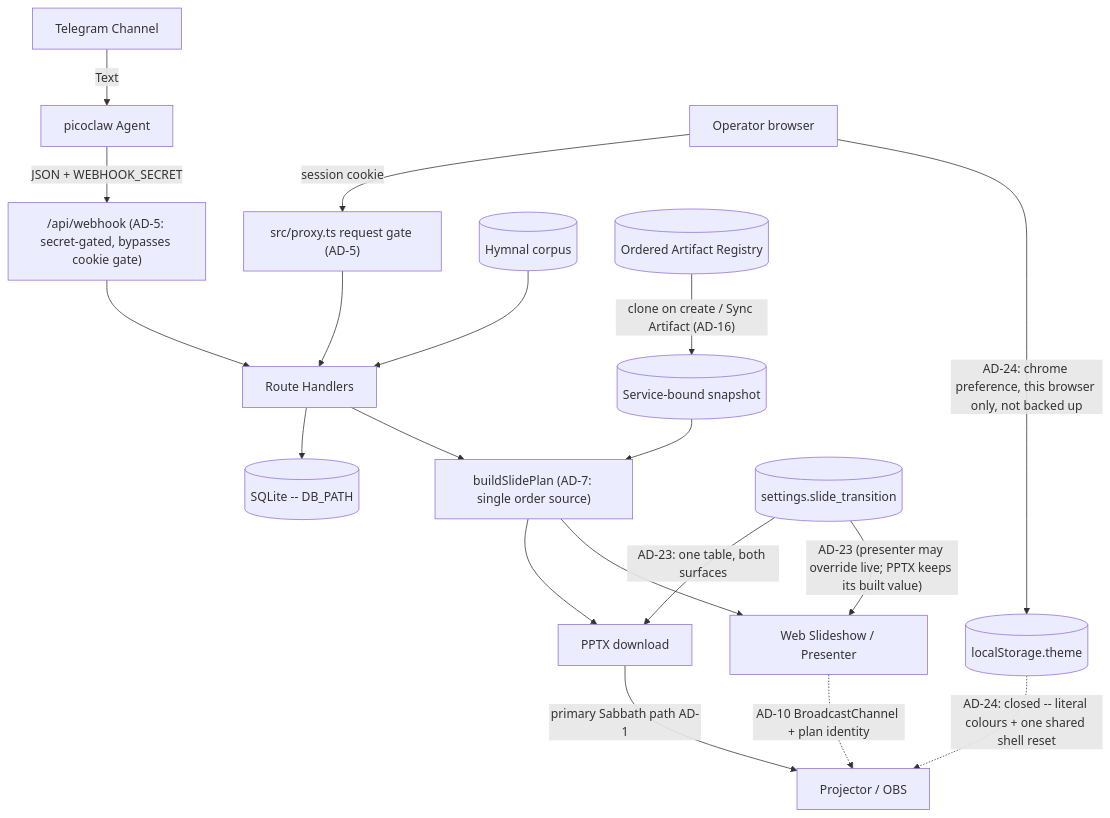
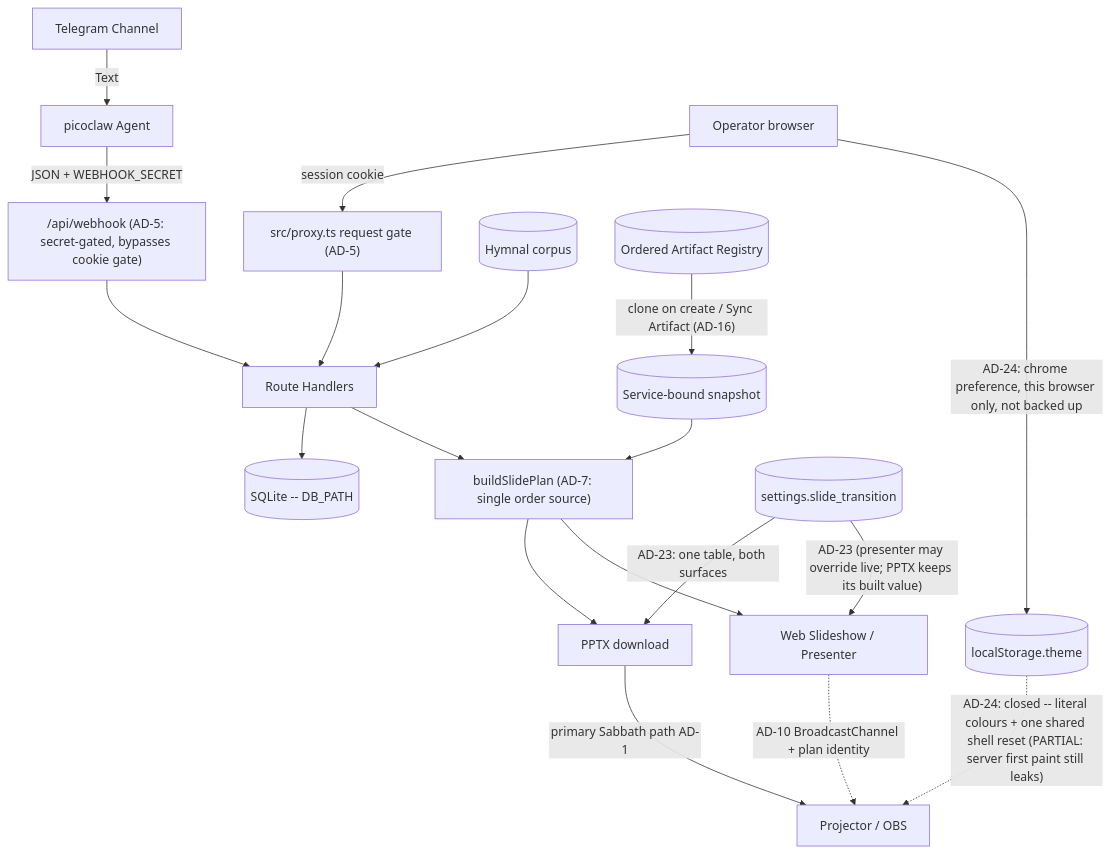
The first of 2 diagrams in _bmad-output/planning-artifacts/architecture/architecture-bic-pptx-workflow-2026-07-10/ARCHITECTURE-SPINE.md (kodesh87/worship-presenter-web), drawn with Mermaid before and after one commit. The commit also changed other lines of this file and 8 other files, not shown here.

````diff
--- a/_bmad-output/planning-artifacts/architecture/architecture-bic-pptx-workflow-2026-07-10/ARCHITECTURE-SPINE.md
+++ b/_bmad-output/planning-artifacts/architecture/architecture-bic-pptx-workflow-2026-07-10/ARCHITECTURE-SPINE.md
@@ -261,21 +261,21 @@
 ```mermaid
 graph TD
     Telegram[Telegram Channel] -->|Text| Picoclaw[picoclaw Agent]
     Picoclaw -->|JSON + WEBHOOK_SECRET| Webhook["/api/webhook (AD-5: secret-gated, bypasses cookie gate)"]
     Operator[Operator browser] -->|session cookie| Gate["src/proxy.ts request gate (AD-5)"]
     Gate --> API[Route Handlers]
     Webhook --> API
     API --> DB[(SQLite -- DB_PATH)]
     Hymnal[(Hymnal corpus)] --> API
     API --> Plan["buildSlidePlan (AD-7: single order source)"]
     Registry[(Ordered Artifact Registry)] -->|"clone on create / Sync Artifact (AD-16)"| Snap[(Service-bound snapshot)]
     Snap --> Plan
     Plan --> PPTX[PPTX download]
     Plan --> WebShow[Web Slideshow / Presenter]
     Settings[(settings.slide_transition)] -->|"AD-23: one table, both surfaces"| PPTX
     Settings -->|"AD-23 (presenter may override live; PPTX keeps its built value)"| WebShow
     PPTX -->|primary Sabbath path AD-1| Projector[Projector / OBS]
     WebShow -.->|"AD-10 BroadcastChannel + plan identity"| Projector
     Operator -->|"AD-24: chrome preference, this browser only, not backed up"| Theme[("localStorage.theme")]
-    Theme -.->|"AD-24: closed -- literal colours + one shared shell reset"| Projector
+    Theme -.->|"AD-24: closed -- literal colours + one shared shell reset (PARTIAL: server first paint still leaks)"| Projector
 ```
````
